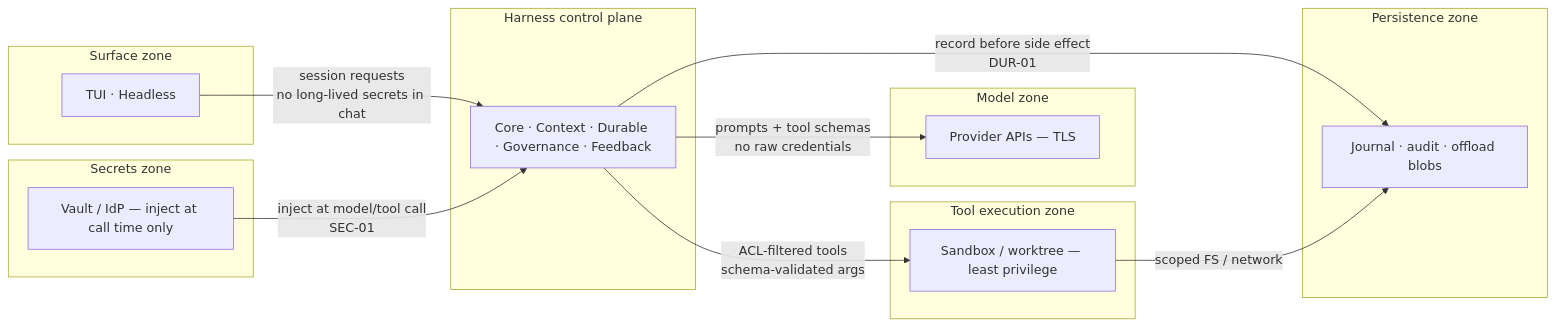
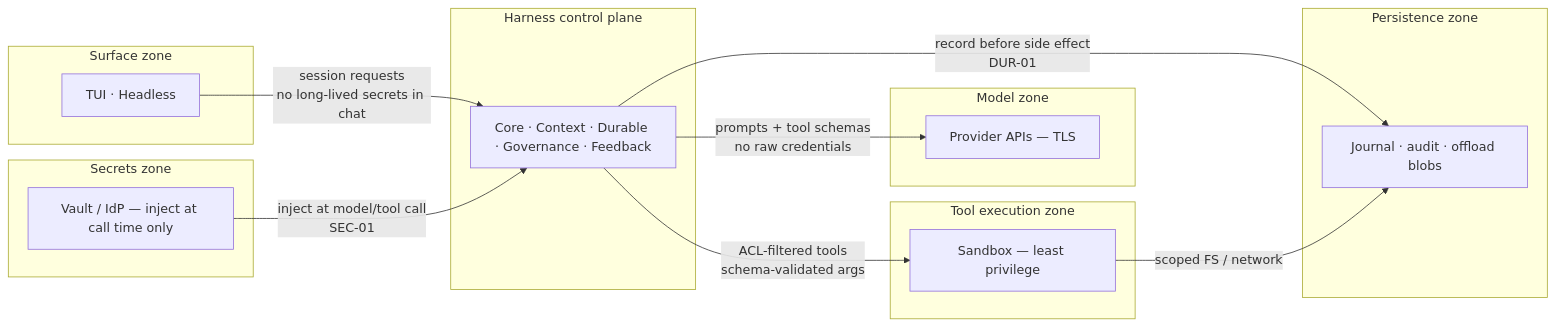
The second of 14 diagrams in docs/architecture.md (NorviaLabs/forge), drawn with Mermaid before and after one commit. The commit also changed other lines of this file and 18 other files, not shown here.

````diff
--- a/docs/architecture.md
+++ b/docs/architecture.md
@@ -121,33 +120,33 @@
 ```mermaid
 flowchart LR
   subgraph surface_zone["Surface zone"]
     S["TUI · Headless"]
   end
 
   subgraph control_plane["Harness control plane"]
     CP["Core · Context · Durable · Governance · Feedback"]
   end
 
   subgraph model_zone["Model zone"]
     M["Provider APIs — TLS"]
   end
 
   subgraph tool_zone["Tool execution zone"]
-    T["Sandbox / worktree — least privilege"]
+    T["Sandbox — least privilege"]
   end
 
   subgraph persist_zone["Persistence zone"]
     P["Journal · audit · offload blobs"]
   end
 
   subgraph secrets_zone["Secrets zone"]
     V["Vault / IdP — inject at call time only"]
   end
 
   S -->|"session requests<br/>no long-lived secrets in chat"| CP
   CP -->|"prompts + tool schemas<br/>no raw credentials"| M
   CP -->|"ACL-filtered tools<br/>schema-validated args"| T
   CP -->|"record before side effect<br/>DUR-01"| P
   V -->|"inject at model/tool call<br/>SEC-01"| CP
   T -->|"scoped FS / network"| P
 ```
````
